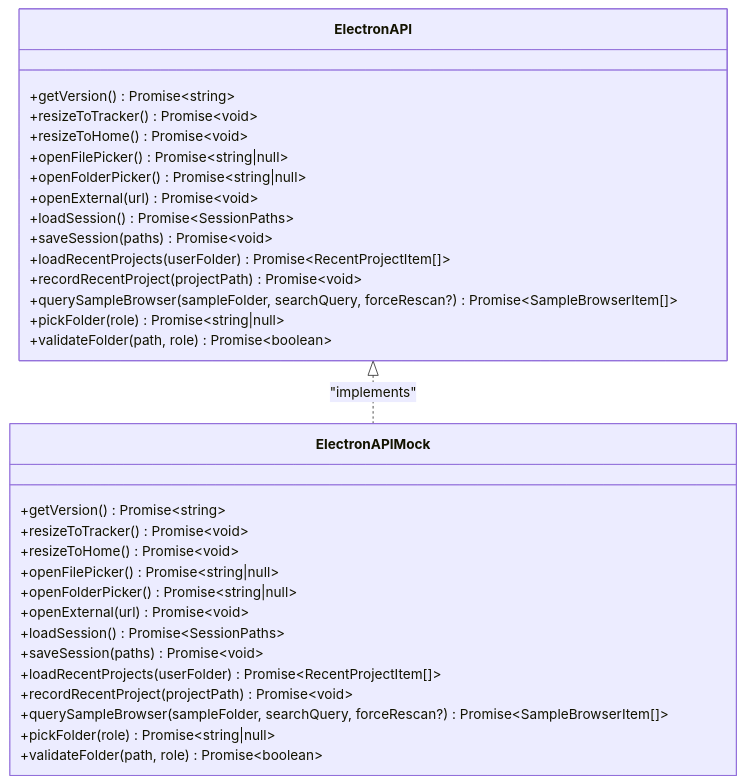
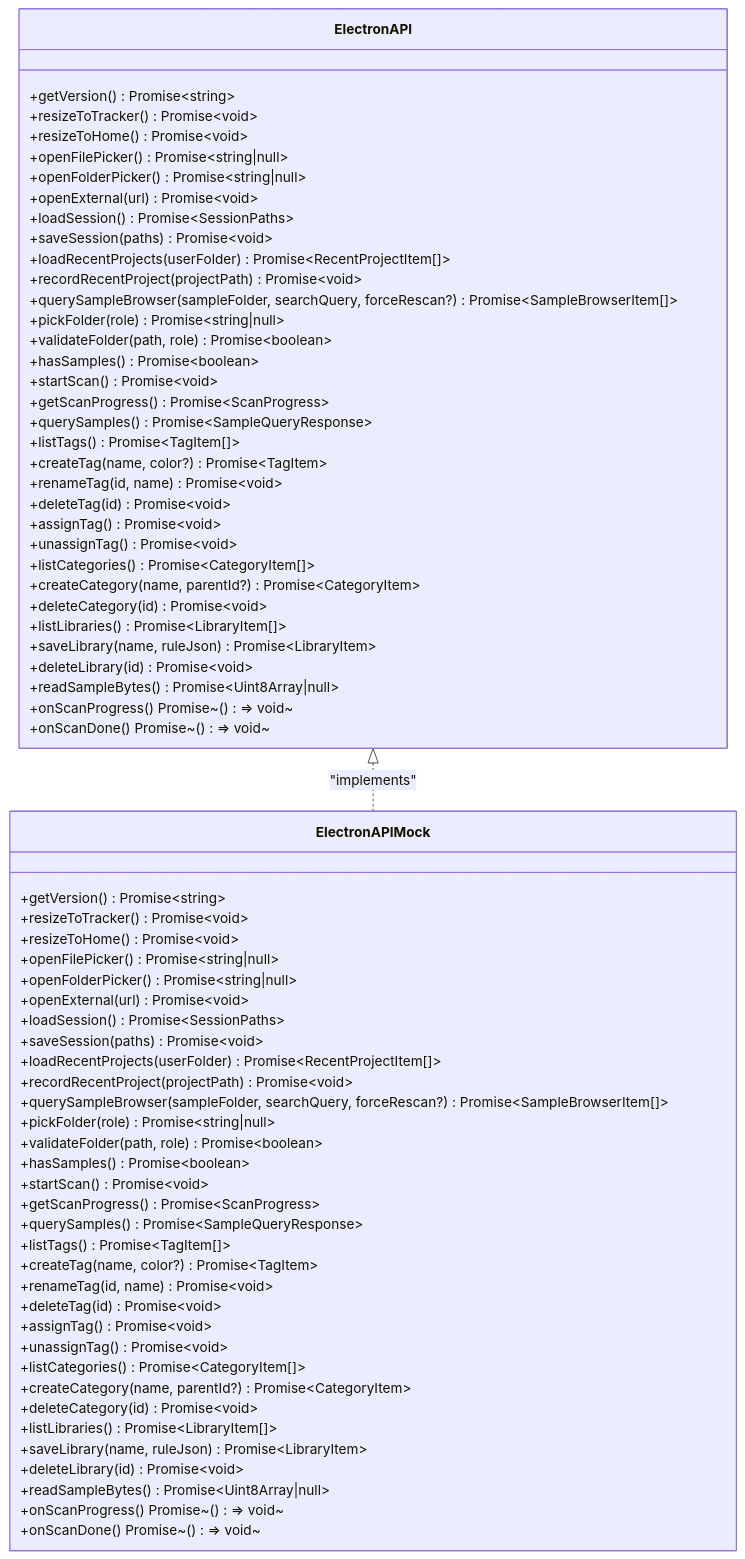
Before and after one commit to satyrlord/mixjam-electron: the third of 10 diagrams in .qoder/repowiki/en/content/Testing Strategy.md, drawn with Mermaid. The commit also changed other lines of this file and 14 other files, not shown here.

````diff
--- a/.qoder/repowiki/en/content/Testing Strategy.md
+++ b/.qoder/repowiki/en/content/Testing Strategy.md
@@ -199,34 +239,72 @@
 ```mermaid
 classDiagram
 class ElectronAPI {
 +getVersion() Promise~string~
 +resizeToTracker() Promise~void~
 +resizeToHome() Promise~void~
 +openFilePicker() Promise~string|null~
 +openFolderPicker() Promise~string|null~
 +openExternal(url) Promise~void~
 +loadSession() Promise~SessionPaths~
 +saveSession(paths) Promise~void~
 +loadRecentProjects(userFolder) Promise~RecentProjectItem[]~
 +recordRecentProject(projectPath) Promise~void~
 +querySampleBrowser(sampleFolder, searchQuery, forceRescan?) Promise~SampleBrowserItem[]~
 +pickFolder(role) Promise~string|null~
 +validateFolder(path, role) Promise~boolean~
++hasSamples() Promise~boolean~
++startScan() Promise~void~
++getScanProgress() Promise~ScanProgress~
++querySamples() Promise~SampleQueryResponse~
++listTags() Promise~TagItem[]~
++createTag(name, color?) Promise~TagItem~
++renameTag(id, name) Promise~void~
++deleteTag(id) Promise~void~
++assignTag() Promise~void~
++unassignTag() Promise~void~
++listCategories() Promise~CategoryItem[]~
++createCategory(name, parentId?) Promise~CategoryItem~
++deleteCategory(id) Promise~void~
++listLibraries() Promise~LibraryItem[]~
++saveLibrary(name, ruleJson) Promise~LibraryItem~
++deleteLibrary(id) Promise~void~
++readSampleBytes() Promise~Uint8Array|null~
++onScanProgress() Promise~() => void~
++onScanDone() Promise~() => void~
 }
 class ElectronAPIMock {
 +getVersion() Promise~string~
 +resizeToTracker() Promise~void~
 +resizeToHome() Promise~void~
 +openFilePicker() Promise~string|null~
 +openFolderPicker() Promise~string|null~
 +openExternal(url) Promise~void~
 +loadSession() Promise~SessionPaths~
 +saveSession(paths) Promise~void~
 +loadRecentProjects(userFolder) Promise~RecentProjectItem[]~
 +recordRecentProject(projectPath) Promise~void~
 +querySampleBrowser(sampleFolder, searchQuery, forceRescan?) Promise~SampleBrowserItem[]~
 +pickFolder(role) Promise~string|null~
 +validateFolder(path, role) Promise~boolean~
++hasSamples() Promise~boolean~
++startScan() Promise~void~
++getScanProgress() Promise~ScanProgress~
++querySamples() Promise~SampleQueryResponse~
++listTags() Promise~TagItem[]~
++createTag(name, color?) Promise~TagItem~
++renameTag(id, name) Promise~void~
++deleteTag(id) Promise~void~
++assignTag() Promise~void~
++unassignTag() Promise~void~
++listCategories() Promise~CategoryItem[]~
++createCategory(name, parentId?) Promise~CategoryItem~
++deleteCategory(id) Promise~void~
++listLibraries() Promise~LibraryItem[]~
++saveLibrary(name, ruleJson) Promise~LibraryItem~
++deleteLibrary(id) Promise~void~
++readSampleBytes() Promise~Uint8Array|null~
++onScanProgress() Promise~() => void~
++onScanDone() Promise~() => void~
 }
 ElectronAPI <|.. ElectronAPIMock : "implements"
 ```
````
